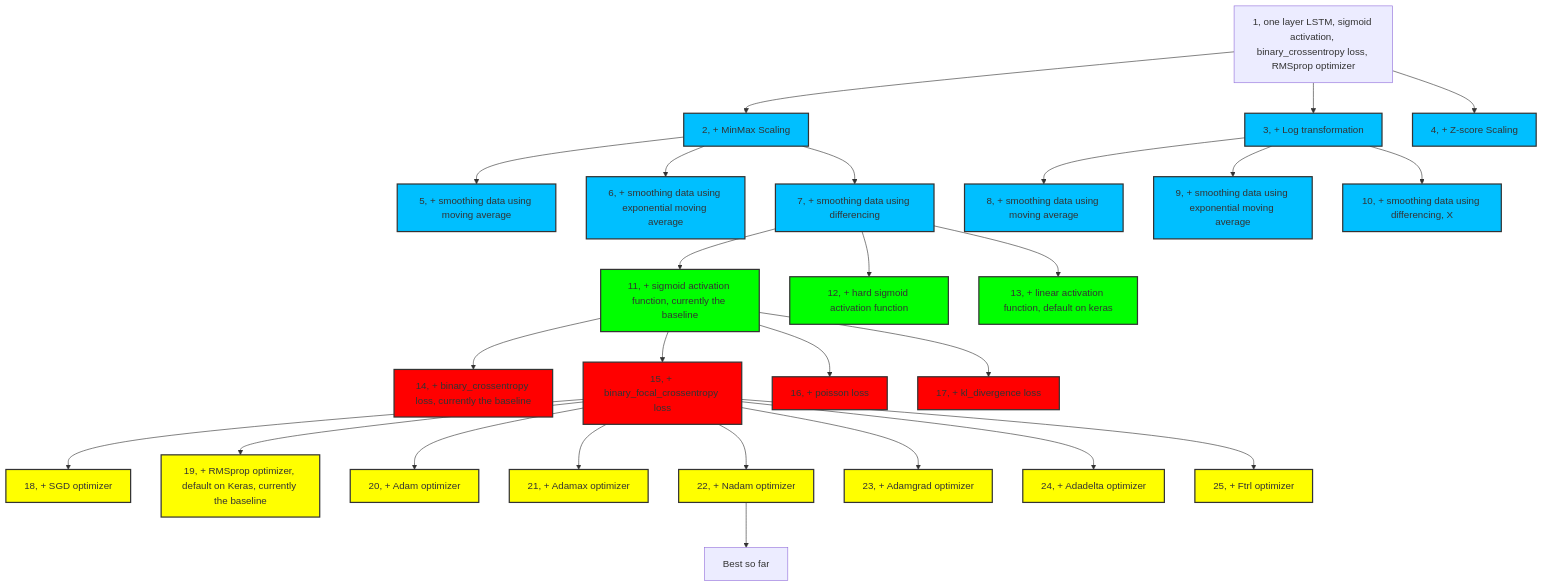
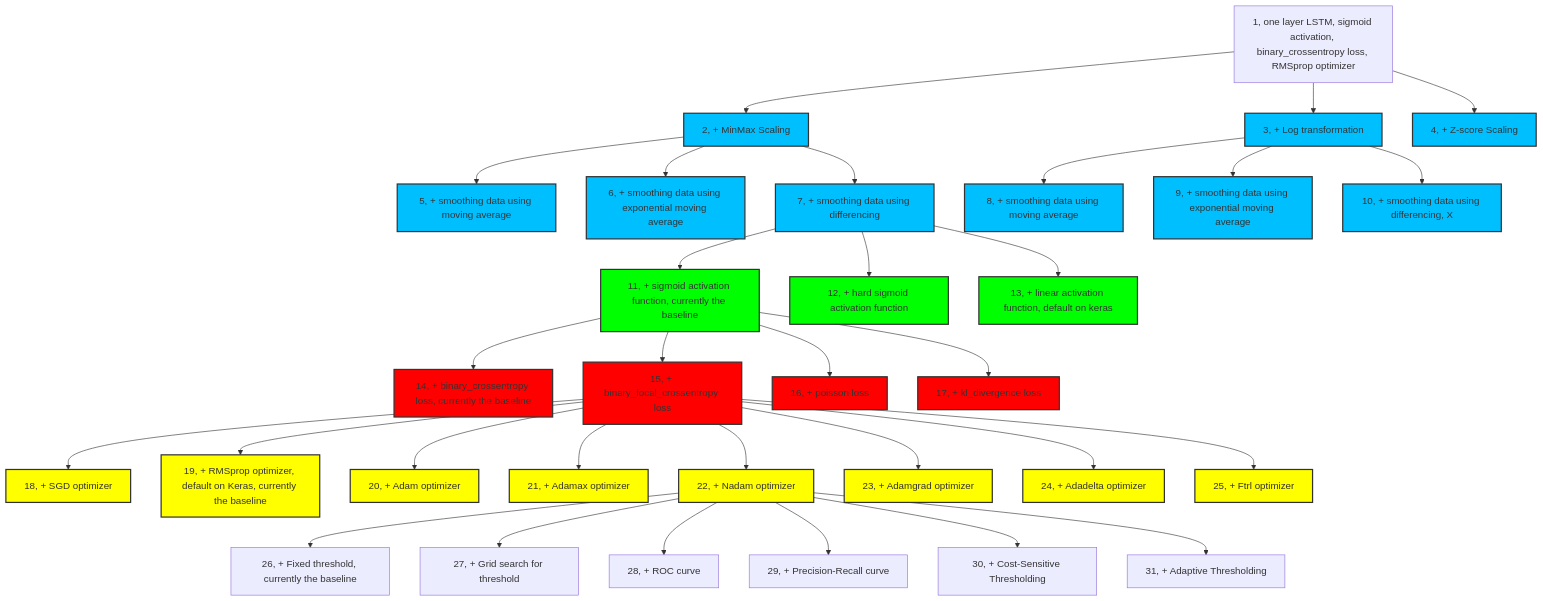
Before and after one commit to zihaozeng0021/currency-exchange-rate-forecasting: the diagram in src/models/LSTM/LSTM_classifier/experiment_hierarchy.md, drawn with Mermaid. The commit also changed 6 other files, not shown here.

````diff
--- a/src/models/LSTM/LSTM_classifier/experiment_hierarchy.md
+++ b/src/models/LSTM/LSTM_classifier/experiment_hierarchy.md
@@ -1,45 +1,50 @@
 ```mermaid
 graph TD
     1[1, one layer LSTM, sigmoid activation, binary_crossentropy loss, RMSprop optimizer] --> 2[2, + MinMax Scaling]
     1 --> 3[3, + Log transformation]
     1 --> 4[4, + Z-score Scaling]
     2 --> 5[5, + smoothing data using moving average]
     2 --> 6[6, + smoothing data using exponential moving average]
     2 --> 7[7, + smoothing data using differencing]
     3 --> 8[8, + smoothing data using moving average]
     3 --> 9[9, + smoothing data using exponential moving average]
     3 --> 10[10, + smoothing data using differencing, X]
     7 --> 11[11, + sigmoid activation function, currently the baseline]
     7 --> 12[12, + hard sigmoid activation function]
     7 --> 13[13, + linear activation function, default on keras]
     11 --> 14[14, + binary_crossentropy loss, currently the baseline]
     11 --> 15[15, + binary_focal_crossentropy loss]
     11 --> 16[16, + poisson loss]
     11 --> 17[17, + kl_divergence loss]
     15 --> 18[18, + SGD optimizer]
     15 --> 19[19, + RMSprop optimizer, default on Keras, currently the baseline]
     15 --> 20[20, + Adam optimizer]
     15 --> 21[21, + Adamax optimizer]
     15 --> 22[22, + Nadam optimizer]
     15 --> 23[23, + Adamgrad optimizer]
     15 --> 24[24, + Adadelta optimizer]
     15 --> 25[25, + Ftrl optimizer]
-    22 --> 26[Best so far]
+    22 --> 26[26, + Fixed threshold, currently the baseline]
+    22 --> 27[27, + Grid search for threshold]
+    22 --> 28[28, + ROC curve]
+    22 --> 29[29, + Precision-Recall curve]
+    22 --> 30[30, + Cost-Sensitive Thresholding]
+    22 --> 31[31, + Adaptive Thresholding]
     
     
     
     
     classDef brightBlue fill:#00BFFF,stroke:#333,stroke-width:2px;
     class 2,3,4,5,6,7,8,9,10 brightBlue;
     
     classDef brightGreen fill:#00FF00,stroke:#333,stroke-width:2px;
     class 11,12,13 brightGreen;
     
     classDef brightRed fill:#FF0000,stroke:#333,stroke-width:2px;
     class 14,15,16,17 brightRed;
     
     classDef brightYellow fill:#FFFF00,stroke:#333,stroke-width:2px;
     class 18,19,20,21,22,23,24,25 brightYellow;
     
     
 ```
````
